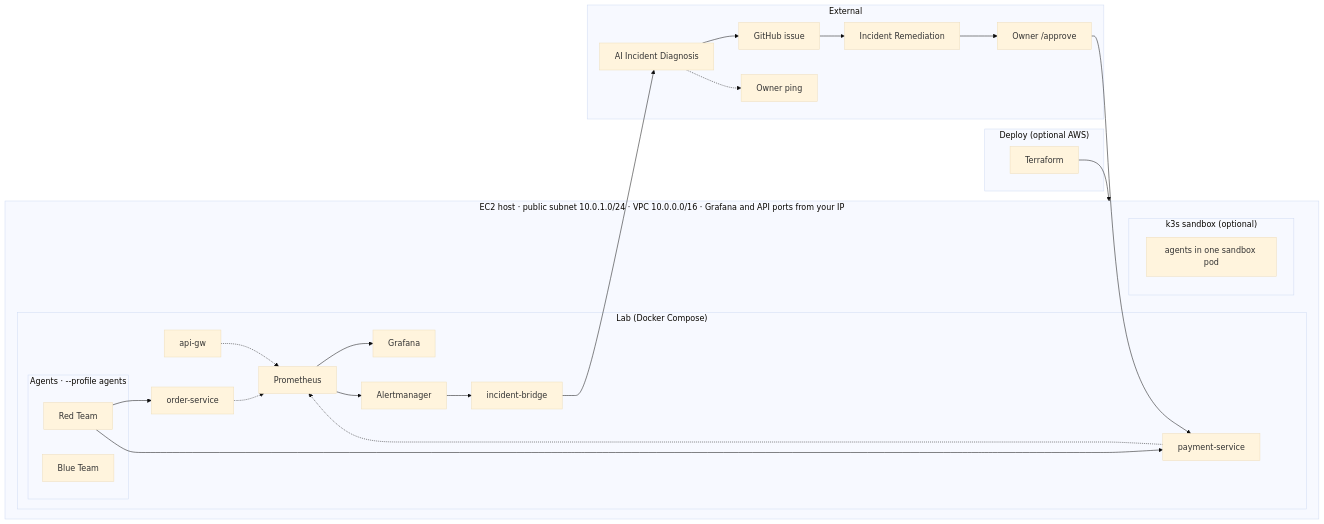
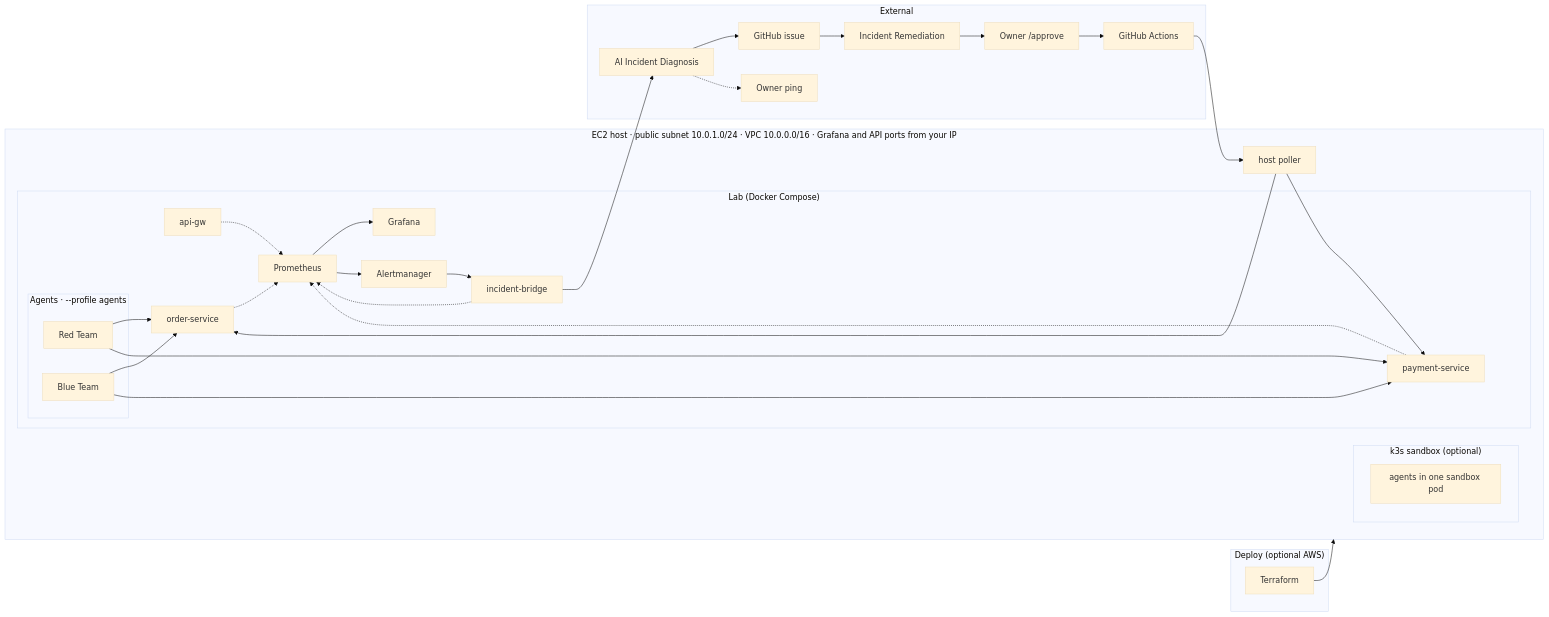
The diagram in docs/architecture.mmd (ritvikindupuri/ResilienceOps), drawn with Mermaid before and after one commit. The commit also changed 16 other files, not shown here.

First line of the commit message:
Fix rollback, SSM failures, and the architecture figure.

```diff
--- a/docs/architecture.mmd
+++ b/docs/architecture.mmd
@@ -1,46 +1,54 @@
 %%{init: { "theme": "base", "flowchart": { "curve": "basis" } }}%%
 flowchart LR
   TF["Terraform"]
   subgraph aws ["Deploy (optional AWS)"]
     TF
   end
   subgraph host ["EC2 host · public subnet 10.0.1.0/24 · VPC 10.0.0.0/16 · Grafana and API ports from your IP"]
     subgraph compose ["Lab (Docker Compose)"]
       subgraph agents ["Agents · --profile agents"]
         RED[Red Team]
         BLUE[Blue Team]
       end
       GW[api-gw]
       OS[order-service]
       PS[payment-service]
       PROM[Prometheus]
       GRAF[Grafana]
       AM[Alertmanager]
       BR["incident-bridge"]
       GW -.-> PROM
       OS -.-> PROM
       PS -.-> PROM
       PROM --> GRAF
       PROM --> AM
       AM --> BR
+      BR -.-> PROM
     end
     subgraph k3sopt ["k3s sandbox (optional)"]
       K3S["agents in one sandbox pod"]
     end
+    POLL["host poller"]
   end
   subgraph ext ["External"]
     BOT["AI Incident Diagnosis"]
     GH["GitHub issue"]
     PING["Owner ping"]
     REM["Incident Remediation"]
     OWN["Owner /approve"]
+    ACT["GitHub Actions"]
     BOT --> GH
     BOT -.-> PING
     GH --> REM
     REM --> OWN
+    OWN --> ACT
   end
   TF --> host
   RED --> OS
   RED --> PS
+  BLUE --> OS
+  BLUE --> PS
   BR --> BOT
-  OWN --> PS
+  ACT --> POLL
+  POLL --> OS
+  POLL --> PS
```
